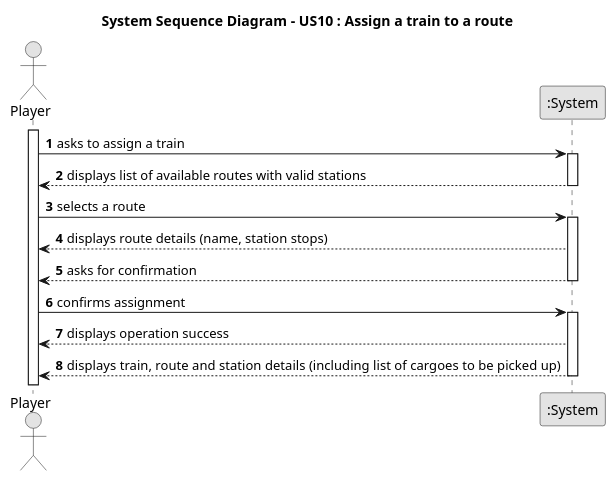
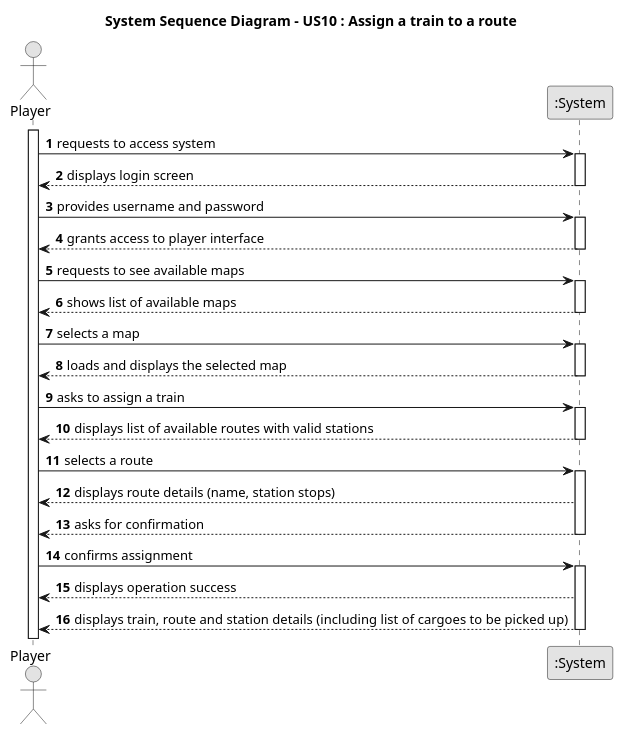
One commit to HenriqueSilva18/Railway-Network-Simulator changed the diagram in docs/system-documentation/Sprint 2/US10/01.requirements-engineering/puml/US010-SSD.puml. Above: the diagram before and after it, drawn with PlantUML. The commit also changed 112 other files, not shown here.

```diff
--- a/docs/system-documentation/Sprint 2/US10/01.requirements-engineering/puml/US010-SSD.puml
+++ b/docs/system-documentation/Sprint 2/US10/01.requirements-engineering/puml/US010-SSD.puml
@@ -1,36 +1,59 @@
 @startuml
 skinparam monochrome true
 skinparam packageStyle rectangle
 skinparam shadowing false
 
 autonumber
 
 title "System Sequence Diagram - US10 : Assign a train to a route"
 
 actor "Player" as Player
 participant ":System" as System
 
 activate Player
 
+Player -> System: requests to access system
+activate System
+System --> Player: displays login screen
+deactivate System
+
+Player -> System: provides username and password
+activate System
+System --> Player: grants access to player interface
+deactivate System
+
+
+
+Player -> System: requests to see available maps
+
+activate System
+System --> Player: shows list of available maps
+deactivate System
+
+Player -> System: selects a map
+
+activate System
+System --> Player: loads and displays the selected map
+deactivate System
 
 
     Player -> System : asks to assign a train
         activate System
             System --> Player : displays list of available routes with valid stations
         deactivate System
 
     Player -> System : selects a route
         activate System
             System --> Player : displays route details (name, station stops)
             System --> Player : asks for confirmation
         deactivate System
 
     Player -> System : confirms assignment
         activate System
             System --> Player : displays operation success
             System --> Player : displays train, route and station details (including  list of cargoes to be picked up)
         deactivate System
 
 
 
 @enduml
```
